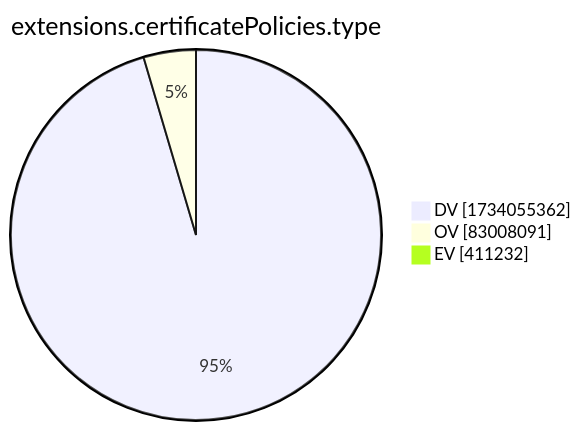
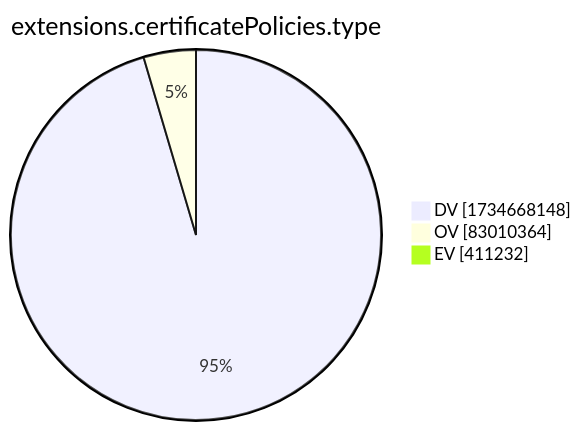
One commit to christiankrug/ctmonitor_visualization changed the tenth of 15 diagrams in xenon2022/README.md. Above: the diagram before and after it, drawn with Mermaid. The commit also changed other lines of this file, not shown here.

````diff
--- a/xenon2022/README.md
+++ b/xenon2022/README.md
@@ -2881,7 +2881,7 @@
 ```mermaid
 pie showData
 title extensions.certificatePolicies.type
-"DV" :1734055362
-"OV" :83008091
+"DV" :1734668148
+"OV" :83010364
 "EV" :411232
 ```
````
